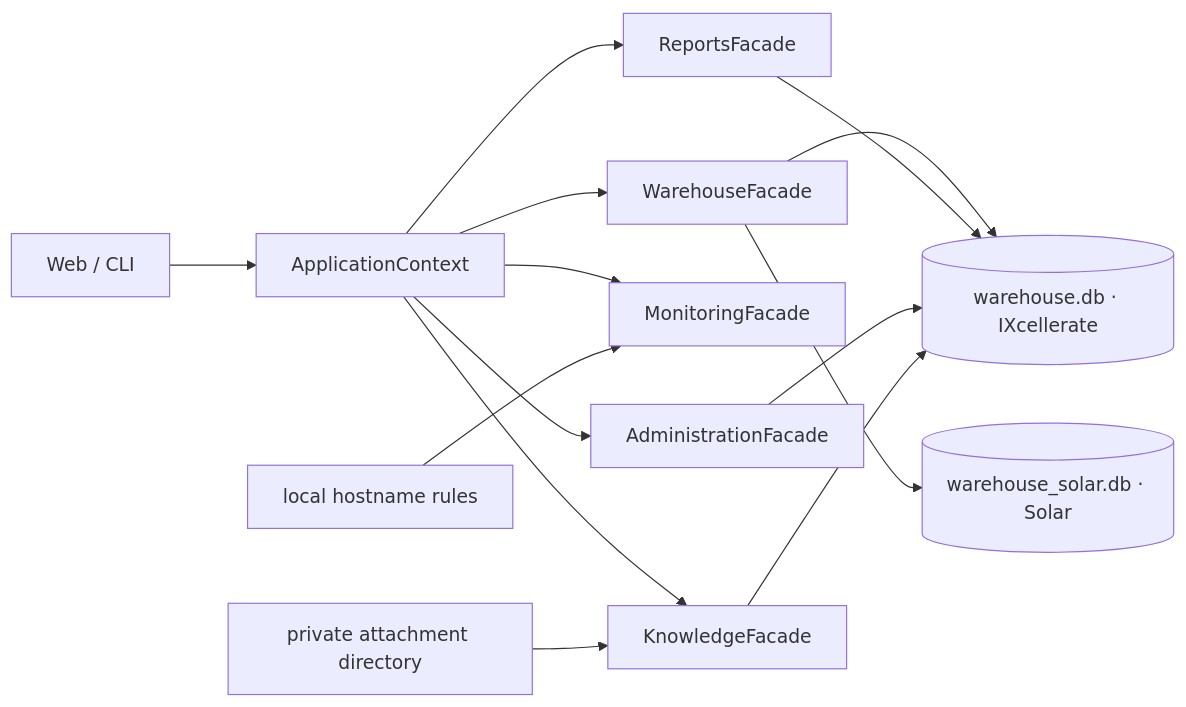
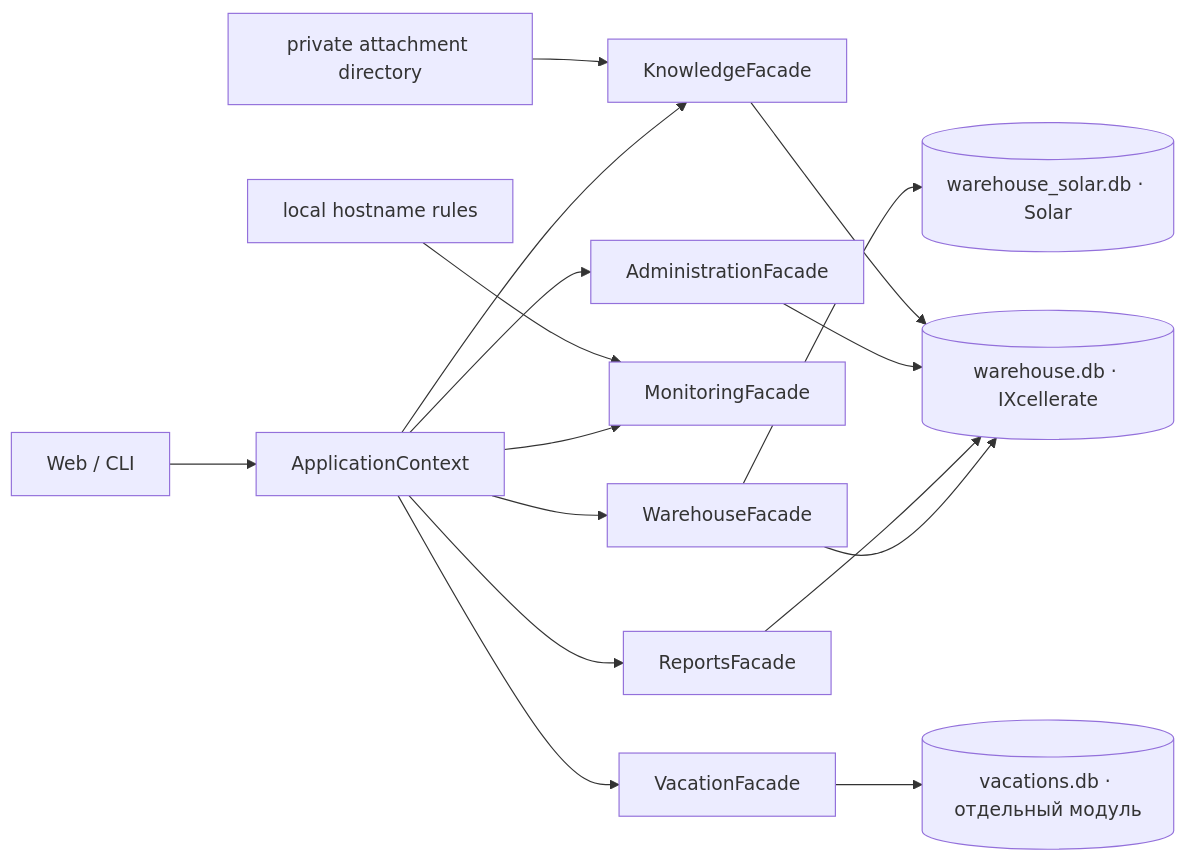
One commit to lokolis28282/prak_mai changed the diagram in README.md. Above: the diagram before and after it, drawn with Mermaid. The commit also changed other lines of this file and 81 other files, not shown here.

````diff
--- a/README.md
+++ b/README.md
@@ -174,16 +194,18 @@
 ```mermaid
 flowchart LR
   UI["Web / CLI"] --> C["ApplicationContext"]
   C --> W["WarehouseFacade"]
   C --> R["ReportsFacade"]
   C --> M["MonitoringFacade"]
   C --> K["KnowledgeFacade"]
+  C --> V["VacationFacade"]
   C --> A["AdministrationFacade"]
   W --> IX[("warehouse.db · IXcellerate")]
   W --> SOL[("warehouse_solar.db · Solar")]
   R --> IX
   A --> IX
   K --> IX
+  V --> VDB[("vacations.db · отдельный модуль")]
   Uploads["private attachment directory"] --> K
   Rules["local hostname rules"] --> M
 ```
````
